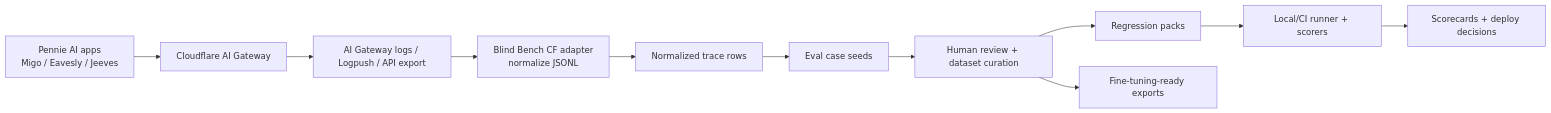
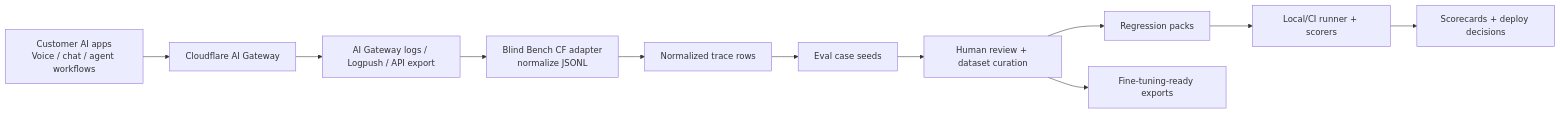
One commit to nmogil/blind-bench changed the diagram in docs/cloudflare-first-eval-architecture.md. Above: the diagram before and after it, drawn with Mermaid. The commit also changed other lines of this file and 5 other files, not shown here.

Commit message:
docs: make Cloudflare ingestion customer-generic

````diff
--- a/docs/cloudflare-first-eval-architecture.md
+++ b/docs/cloudflare-first-eval-architecture.md
@@ -7,13 +7,13 @@
 ```mermaid
 flowchart LR
-  A[Pennie AI apps\nMigo / Eavesly / Jeeves] --> B[Cloudflare AI Gateway]
+  A[Customer AI apps\nVoice / chat / agent workflows] --> B[Cloudflare AI Gateway]
   B --> C[AI Gateway logs / Logpush / API export]
   C --> D[Blind Bench CF adapter\nnormalize JSONL]
   D --> E[Normalized trace rows]
   E --> F[Eval case seeds]
   F --> G[Human review + dataset curation]
   G --> H[Regression packs]
   H --> I[Local/CI runner + scorers]
   I --> J[Scorecards + deploy decisions]
   G --> K[Fine-tuning-ready exports]
 ```
````
